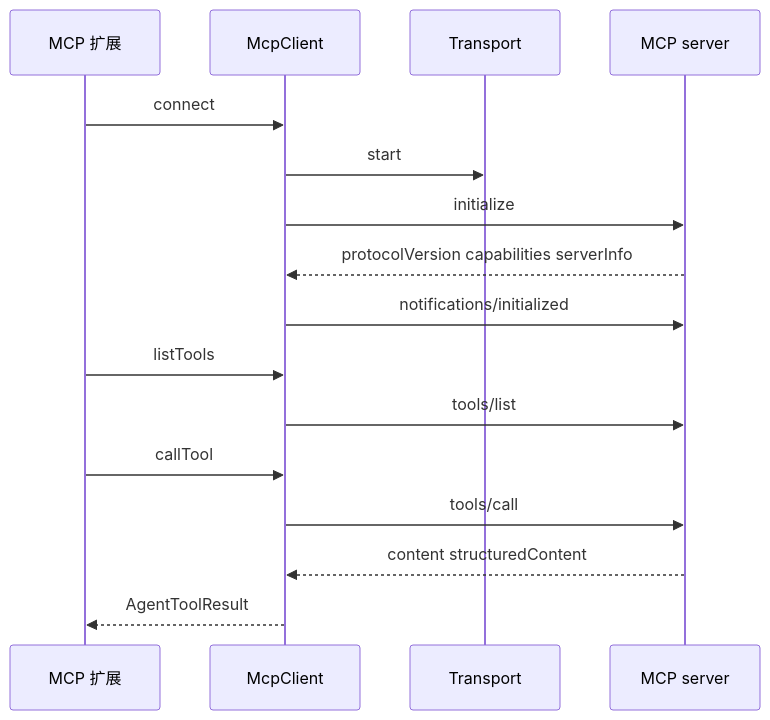
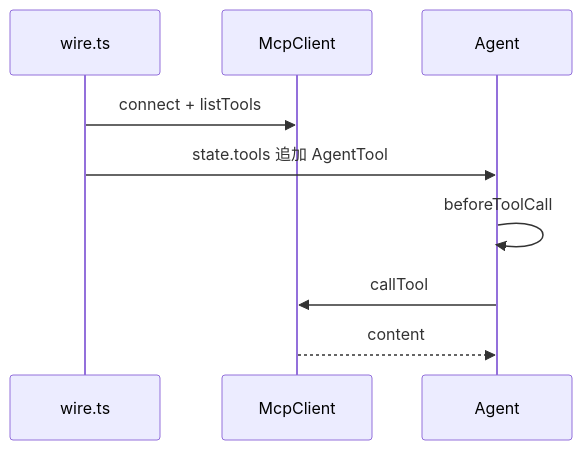
Before and after one commit to LosAveRoad/interview-prep: the diagram in docs/pi-agent/mcp.md, drawn with Mermaid. The commit also changed other lines of this file and 15 other files, not shown here.

````diff
--- a/docs/pi-agent/mcp.md
+++ b/docs/pi-agent/mcp.md
@@ -55,18 +70,11 @@
 ```mermaid
 sequenceDiagram
-  participant Ext as MCP 扩展
+  participant W as wire.ts
   participant C as McpClient
-  participant T as Transport
-  participant S as MCP server
-  Ext->>C: connect
-  C->>T: start
-  C->>S: initialize
-  S-->>C: protocolVersion capabilities serverInfo
-  C->>S: notifications/initialized
-  Ext->>C: listTools
-  C->>S: tools/list
-  Ext->>C: callTool
-  C->>S: tools/call
-  S-->>C: content structuredContent
-  C-->>Ext: AgentToolResult
+  participant A as Agent
+  W->>C: connect + listTools
+  W->>A: state.tools 追加 AgentTool
+  A->>A: beforeToolCall
+  A->>C: callTool
+  C-->>A: content
 ```
````
